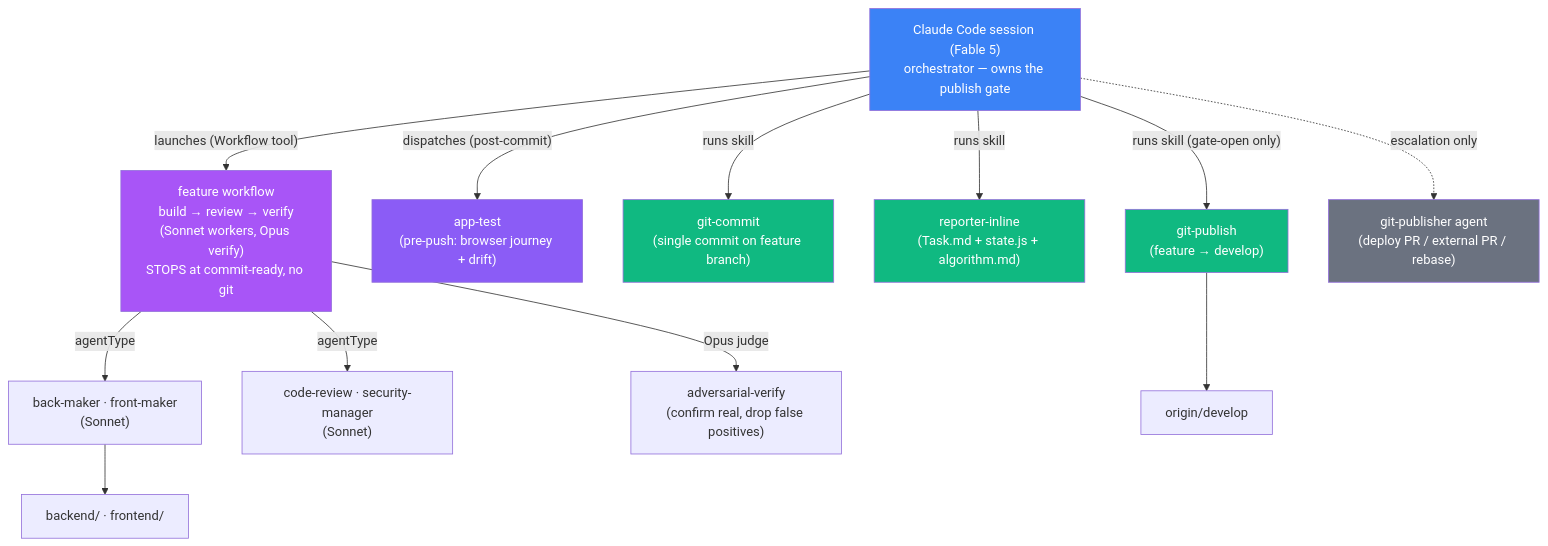
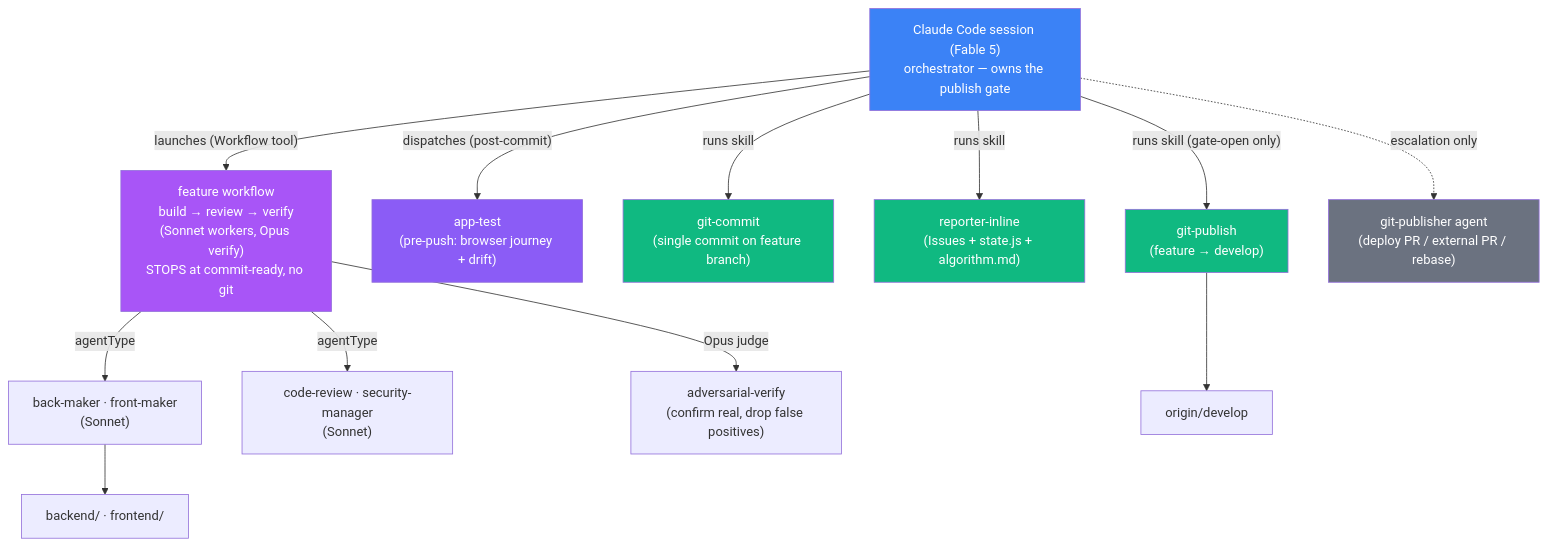
The first of 2 diagrams in .claude/WORKFLOW.md (hongikarchi/archi-tinder), drawn with Mermaid before and after one commit. The commit also changed other lines of this file and 23 other files, not shown here.

````diff
--- a/.claude/WORKFLOW.md
+++ b/.claude/WORKFLOW.md
@@ -36,23 +36,23 @@
 ```mermaid
 flowchart TD
     Main["Claude Code session (Fable 5)<br/>orchestrator — owns the publish gate"]
     Main -->|"launches (Workflow tool)"| WF["feature workflow<br/>build → review → verify<br/>(Sonnet workers, Opus verify)<br/>STOPS at commit-ready, no git"]
     WF -->|"agentType"| Impl["back-maker · front-maker<br/>(Sonnet)"]
     WF -->|"agentType"| Rev["code-review · security-manager<br/>(Sonnet)"]
     WF -->|"Opus judge"| Ver["adversarial-verify<br/>(confirm real, drop false positives)"]
     Main -->|"dispatches (post-commit)"| Gate["app-test<br/>(pre-push: browser journey + drift)"]
     Main -->|runs skill| Cmt["git-commit<br/>(single commit on feature branch)"]
-    Main -->|runs skill| RIn["reporter-inline<br/>(Task.md + state.js + algorithm.md)"]
+    Main -->|runs skill| RIn["reporter-inline<br/>(Issues + state.js + algorithm.md)"]
     Main -->|"runs skill (gate-open only)"| Pub["git-publish<br/>(feature → develop)"]
     Main -.->|escalation only| PubA["git-publisher agent<br/>(deploy PR / external PR / rebase)"]
     Impl --> Code["backend/ · frontend/"]
     Pub --> Remote["origin/develop"]
 
     style Main fill:#3b82f6,color:#fff
     style WF fill:#a855f7,color:#fff
     style Gate fill:#8b5cf6,color:#fff
     style Pub fill:#10b981,color:#fff
     style RIn fill:#10b981,color:#fff
     style Cmt fill:#10b981,color:#fff
     style PubA fill:#6b7280,color:#fff
 ```
````
